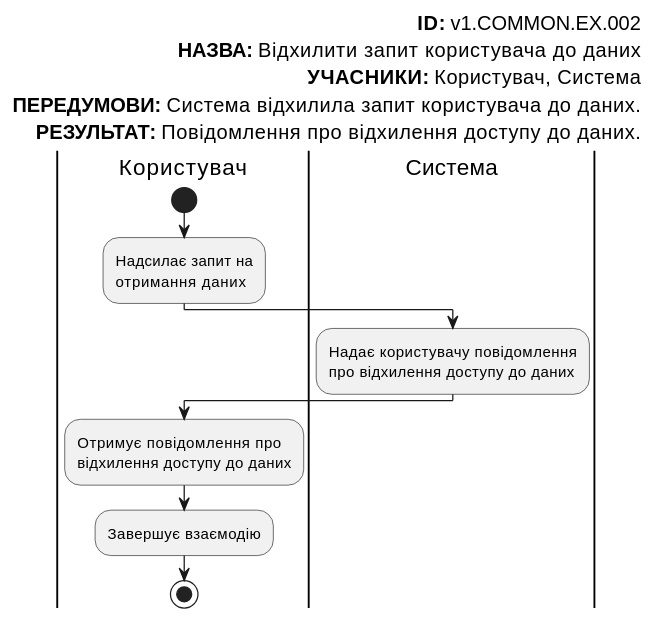
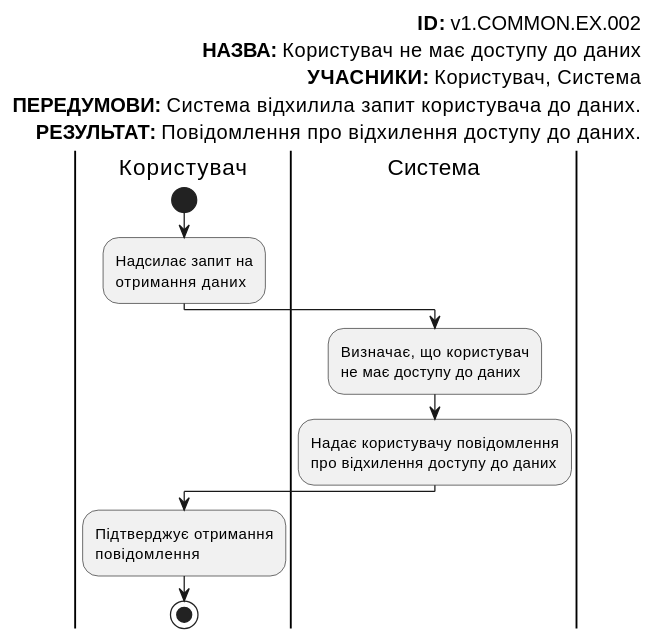
Before and after one commit to gurug-prog/survey-expert: diagram 17 of 23 in docs/use-cases/README.md, drawn with PlantUML. The commit also changed other lines of this file and 3 other files, not shown here.

Commit message:
Improve diagrams

```diff
--- a/docs/use-cases/README.md
+++ b/docs/use-cases/README.md
@@ -925,28 +938,29 @@
 @startuml
   
     left header
          <font color=000 size=16><b>ID:</b> v1.COMMON.EX.002
-         <font color=000 size=16><b>НАЗВА:</b> Відхилити запит користувача до даних
+         <font color=000 size=16><b>НАЗВА:</b> Користувач не має доступу до даних
          <font color=000 size=16><b>УЧАСНИКИ:</b> Користувач, Система 
          <font color=000 size=16><b>ПЕРЕДУМОВИ:</b> Система відхилила запит користувача до даних.
          <font color=000 size=16><b>РЕЗУЛЬТАТ:</b> Повідомлення про відхилення доступу до даних.
      end header
 
      |Користувач|
          start
          :Надсилає запит на
          отримання даних;
 
      |Система|
+         :Визначає, що користувач
+         не має доступу до даних;
+
          :Надає користувачу повідомлення 
          про відхилення доступу до даних;
 
      |Користувач| 
-         :Отримує повідомлення про
-         відхилення доступу до даних;
-
-          :Завершує взаємодію;
+         :Підтверджує отримання
+         повідомлення;
 
           stop;
 
 @enduml
```
